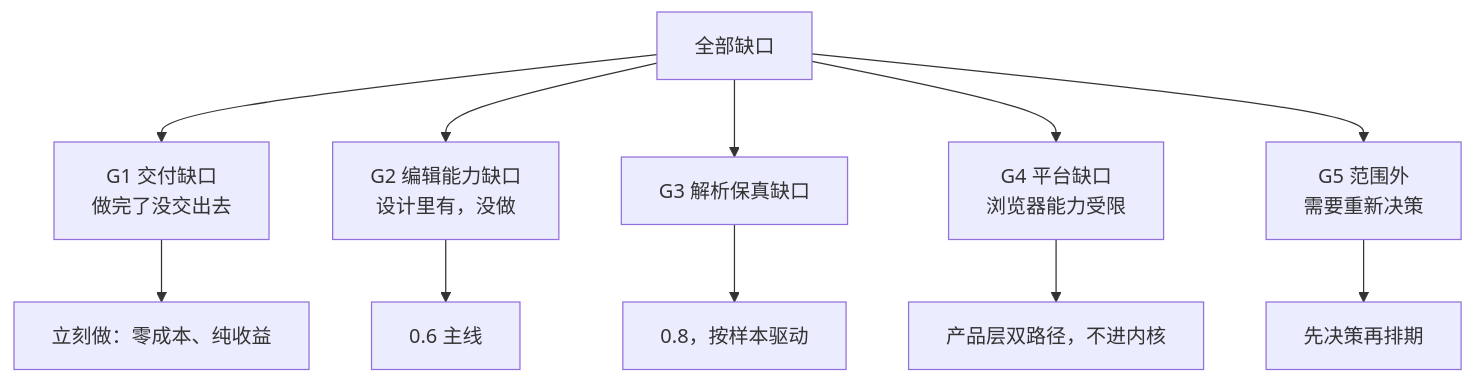
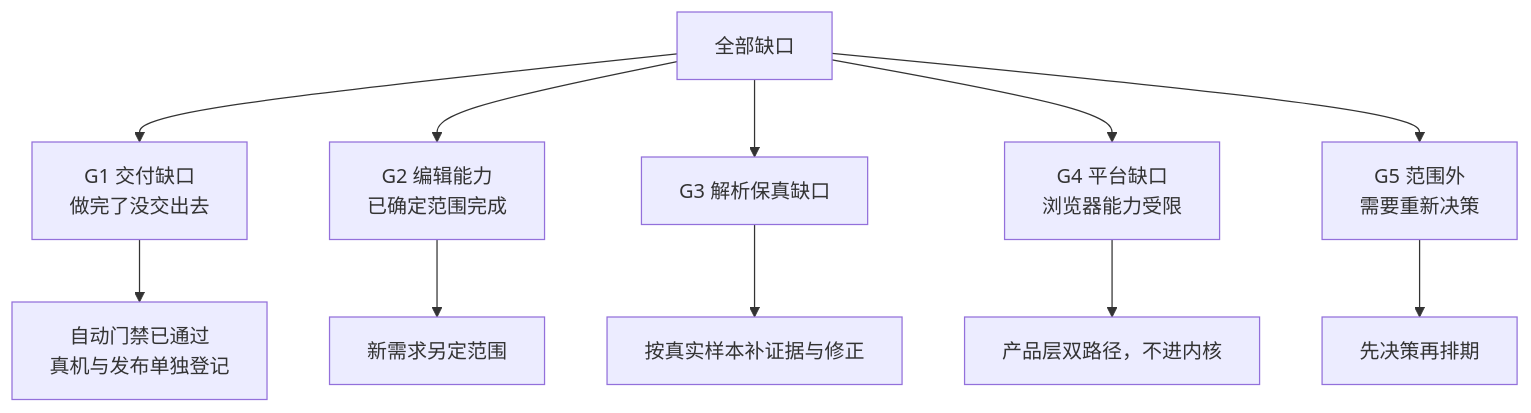
Before and after one commit to unStone/web-ppt: the first of 3 diagrams in docs/roadmap.md, drawn with Mermaid. The commit also changed other lines of this file and 1 other file, not shown here.

````diff
--- a/docs/roadmap.md
+++ b/docs/roadmap.md
@@ -135,13 +140,13 @@
 ```mermaid
 flowchart TD
     G["全部缺口"] --> A["G1 交付缺口<br/>做完了没交出去"]
-    G --> B["G2 编辑能力缺口<br/>设计里有，没做"]
+    G --> B["G2 编辑能力<br/>已确定范围完成"]
     G --> C["G3 解析保真缺口"]
     G --> D["G4 平台缺口<br/>浏览器能力受限"]
     G --> E["G5 范围外<br/>需要重新决策"]
-    A --> A1["立刻做：零成本、纯收益"]
-    B --> B1["0.6 主线"]
-    C --> C1["0.8，按样本驱动"]
+    A --> A1["自动门禁已通过<br/>真机与发布单独登记"]
+    B --> B1["新需求另定范围"]
+    C --> C1["按真实样本补证据与修正"]
     D --> D1["产品层双路径，不进内核"]
     E --> E1["先决策再排期"]
 ```
````
